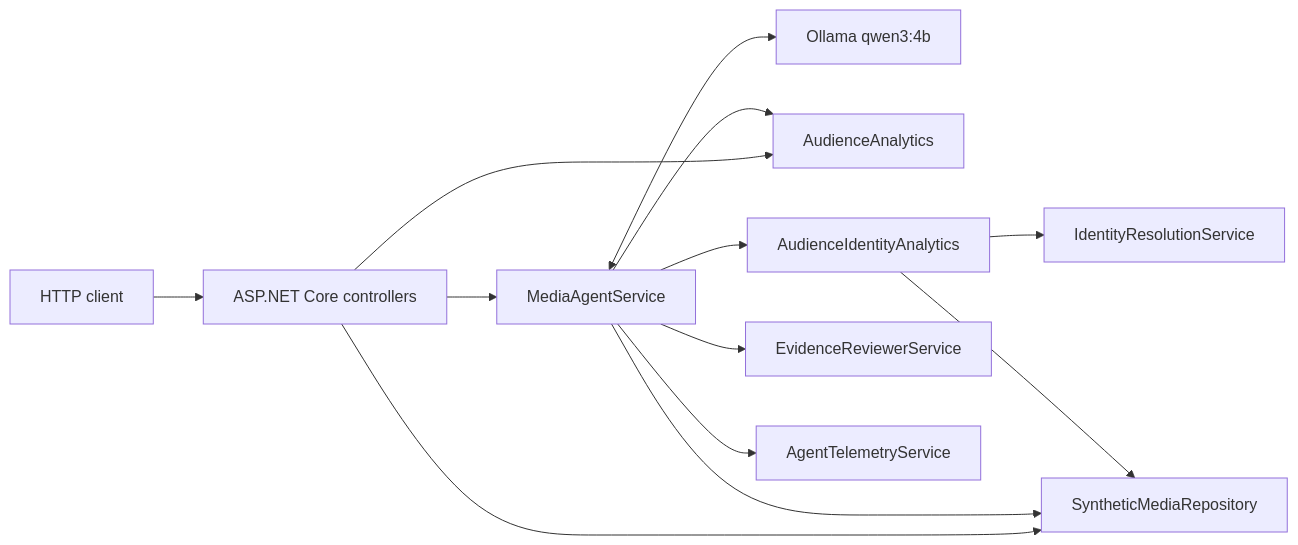
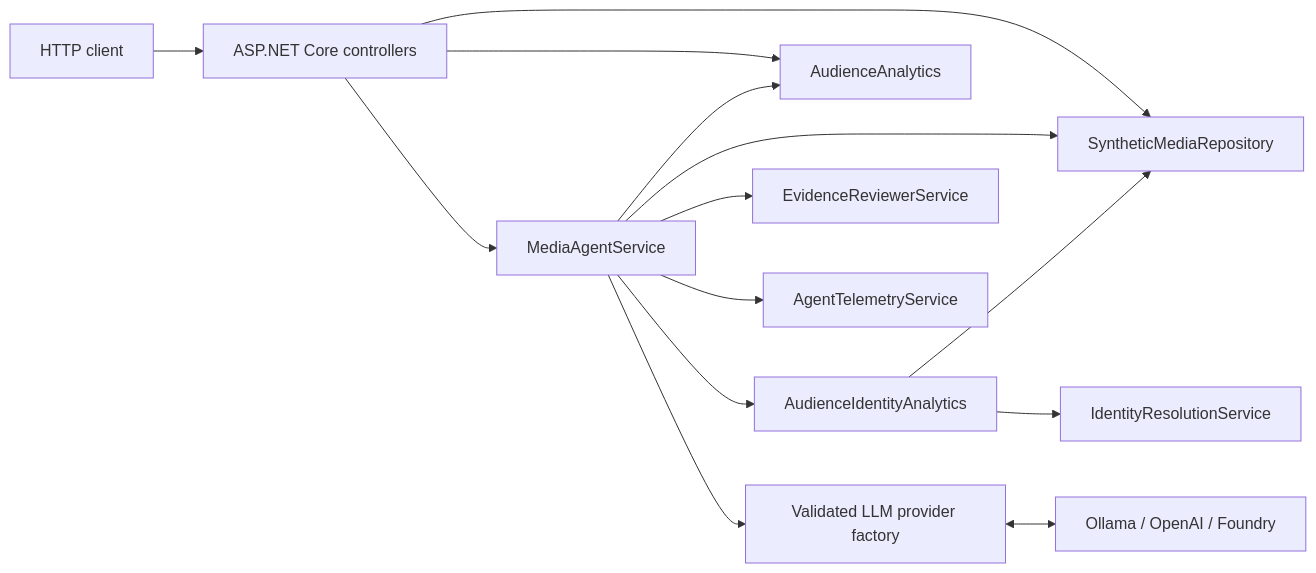
One commit to thaeri/Media-Intelligence-Agent changed the first of 2 diagrams in docs/architecture.md. Above: the diagram before and after it, drawn with Mermaid. The commit also changed other lines of this file and 12 other files, not shown here.

Commit message:
feat(llm): support Ollama OpenAI and Microsoft Foundry providers

````diff
--- a/docs/architecture.md
+++ b/docs/architecture.md
@@ -9,26 +10,28 @@
 ```mermaid
 flowchart LR
     Client[HTTP client]
     API[ASP.NET Core controllers]
     Agent[MediaAgentService]
-    Ollama[Ollama qwen3:4b]
+    Factory[Validated LLM provider factory]
+    LLM[Ollama / OpenAI / Foundry]
     Repo[SyntheticMediaRepository]
     Content[AudienceAnalytics]
     Identity[IdentityResolutionService]
     Reach[AudienceIdentityAnalytics]
     Evidence[EvidenceReviewerService]
     Telemetry[AgentTelemetryService]
 
     Client --> API
     API --> Agent
     API --> Content
     API --> Repo
-    Agent <--> Ollama
+    Agent --> Factory
+    Factory <--> LLM
     Agent --> Repo
     Agent --> Content
     Agent --> Reach
     Reach --> Identity
     Reach --> Repo
     Agent --> Evidence
     Agent --> Telemetry
 ```
````
